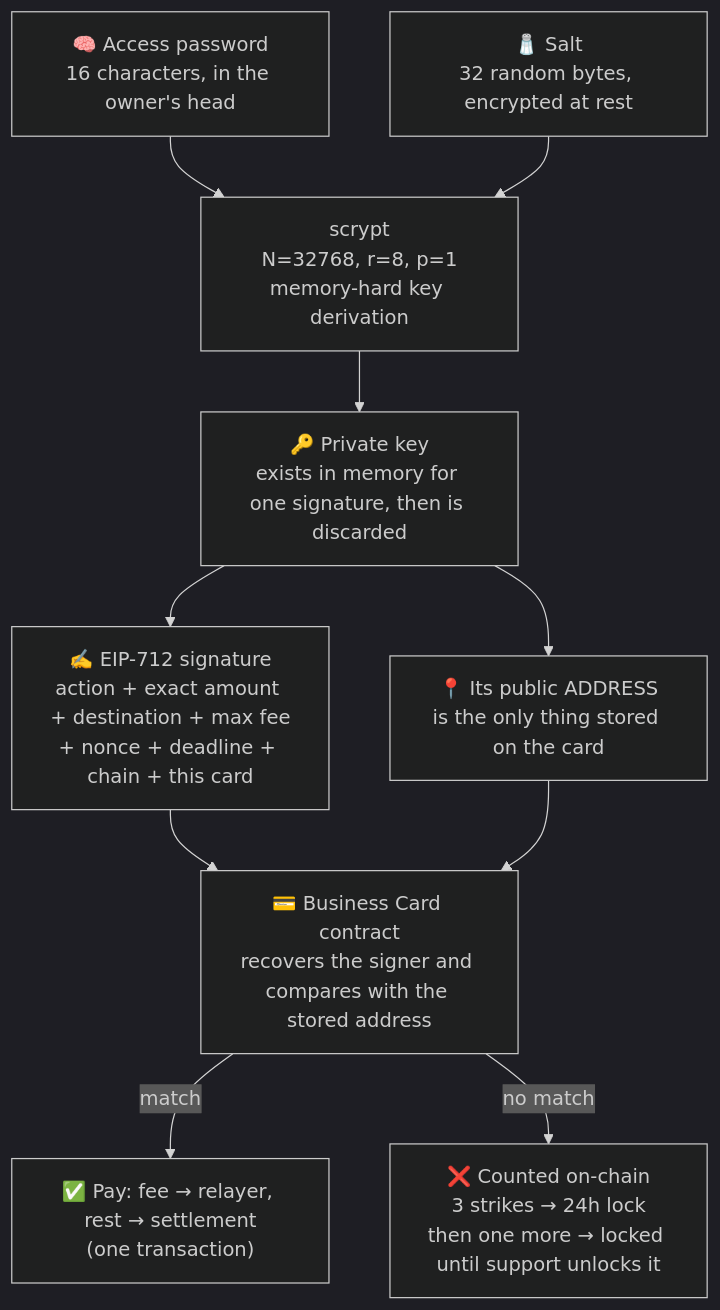
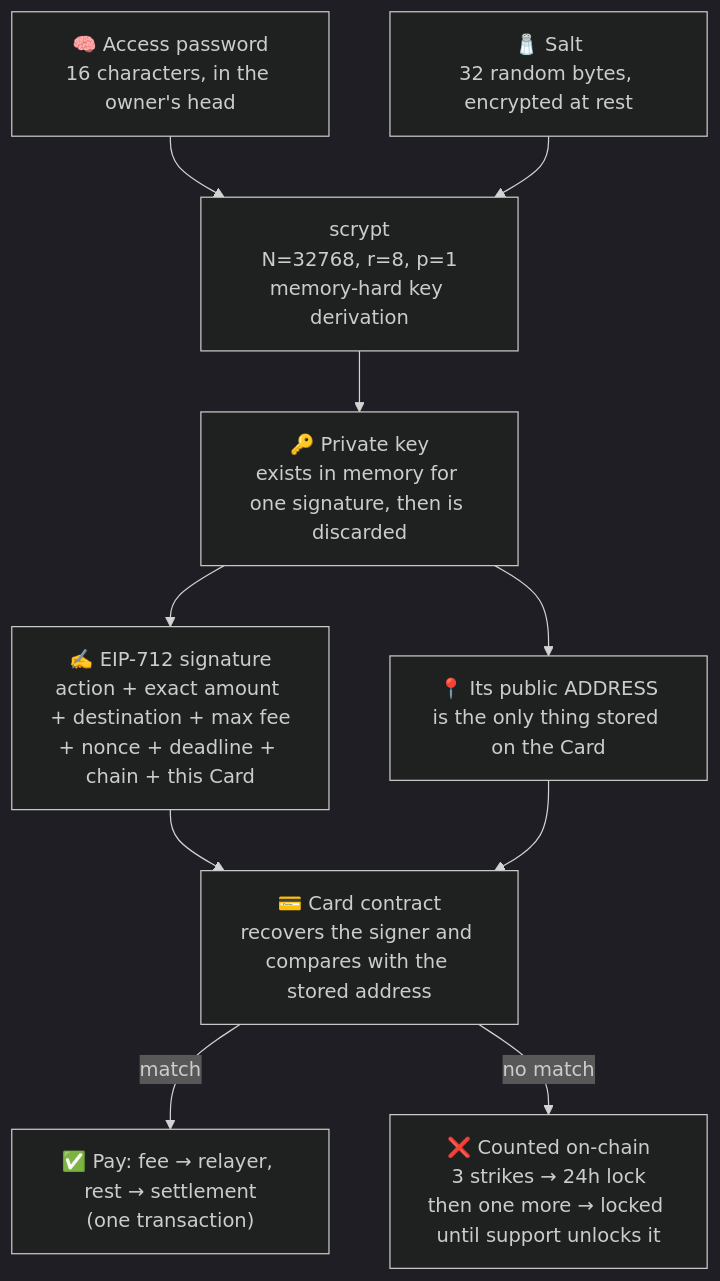
Before and after one commit to mitmelon/zionmatrix-arc: the third of 5 diagrams in README.md, drawn with Mermaid (dark theme). The commit also changed other lines of this file, not shown here.

````diff
--- a/README.md
+++ b/README.md
@@ -120,12 +119,12 @@
 ```mermaid
 flowchart TD
     P["🧠 Access password<br/>16 characters, in the owner's head"] --> K
     S["🧂 Salt<br/>32 random bytes, encrypted at rest"] --> K
     K["scrypt<br/>N=32768, r=8, p=1<br/>memory-hard key derivation"] --> PK["🔑 Private key<br/>exists in memory for one signature, then is discarded"]
-    PK --> A["📍 Its public ADDRESS<br/>is the only thing stored on the card"]
-    PK --> SIG["✍️ EIP-712 signature<br/>action + exact amount + destination + max fee<br/>+ nonce + deadline + chain + this card"]
-    SIG --> CON["💳 Business Card contract<br/>recovers the signer and compares with the stored address"]
+    PK --> A["📍 Its public ADDRESS<br/>is the only thing stored on the Card"]
+    PK --> SIG["✍️ EIP-712 signature<br/>action + exact amount + destination + max fee<br/>+ nonce + deadline + chain + this Card"]
+    SIG --> CON["💳 Card contract<br/>recovers the signer and compares with the stored address"]
     A --> CON
     CON -->|"match"| OK["✅ Pay: fee → relayer, rest → settlement<br/>(one transaction)"]
     CON -->|"no match"| BAD["❌ Counted on-chain<br/>3 strikes → 24h lock<br/>then one more → locked until support unlocks it"]
 ```
````
